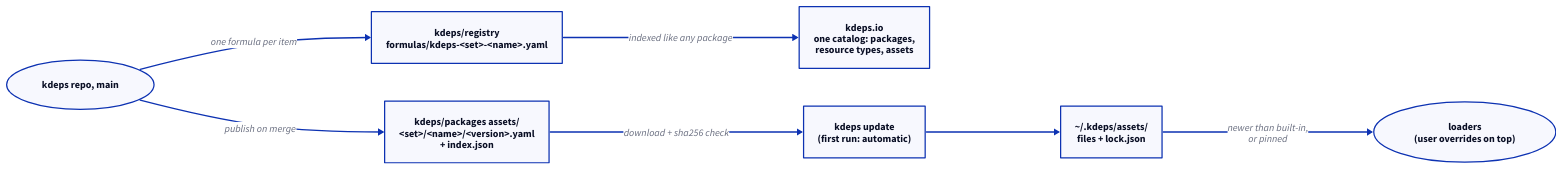
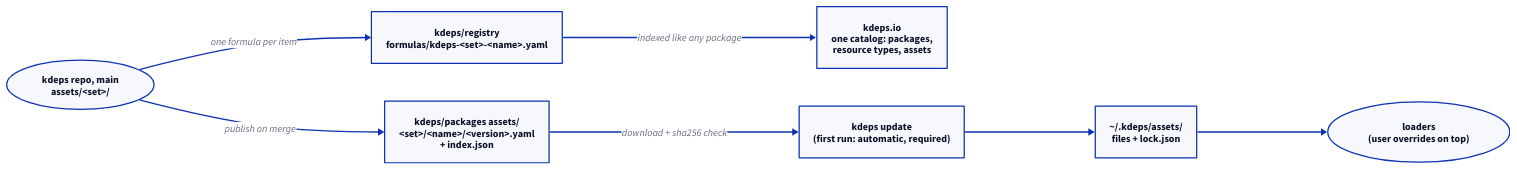
The diagram in docs/v2/agent/repl-updating.md (kdeps/kdeps), drawn with D2 before and after one commit. The commit also changed other lines of this file and 319 other files, not shown here.

````diff
--- a/docs/v2/agent/repl-updating.md
+++ b/docs/v2/agent/repl-updating.md
@@ -51,16 +51,16 @@
 ```d2
 direction: right
-main: "kdeps repo, main" {shape: oval}
+main: "kdeps repo, main\nassets/<set>/" {shape: oval}
 branch: "kdeps/packages assets/\n<set>/<name>/<version>.yaml\n+ index.json"
 formulas: "kdeps/registry\nformulas/kdeps-<set>-<name>.yaml"
 site: "kdeps.io\none catalog: packages,\nresource types, assets"
-update: "kdeps update\n(first run: automatic)"
+update: "kdeps update\n(first run: automatic, required)"
 store: "~/.kdeps/assets/\nfiles + lock.json"
 loader: "loaders\n(user overrides on top)" {shape: oval}
 main -> branch: "publish on merge"
 main -> formulas: "one formula per item"
 formulas -> site: "indexed like any package"
 branch -> update: "download + sha256 check"
 update -> store
-store -> loader: "newer than built-in,\nor pinned"
+store -> loader
 ```
````
